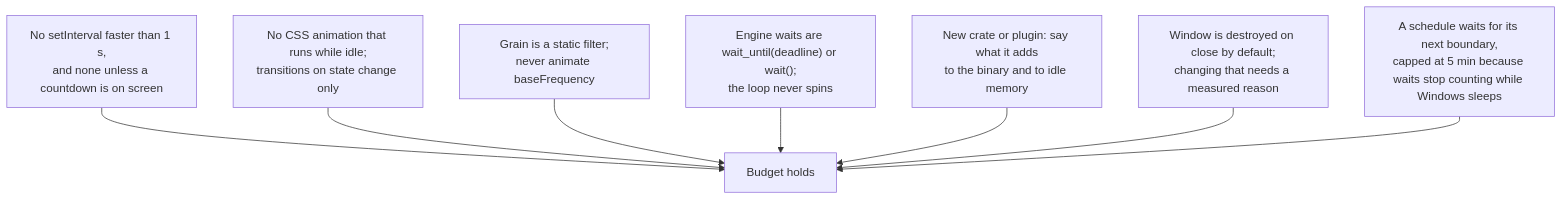
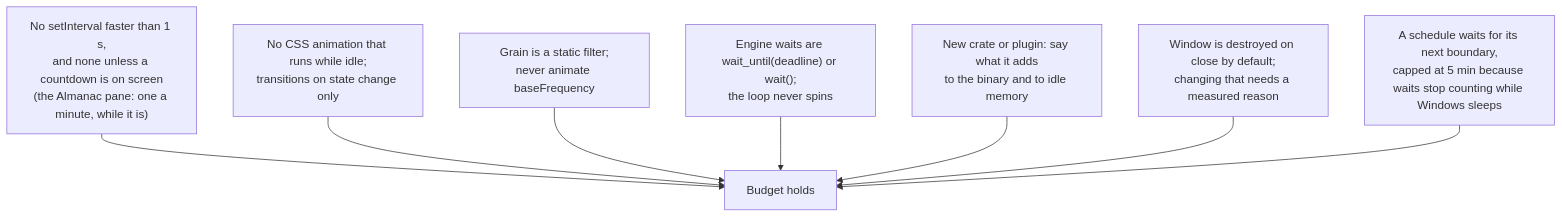
The diagram in docs/resource-budget.md (ax5hay/KeepMeAwake), drawn with Mermaid before and after one commit. The commit also changed other lines of this file and 14 other files, not shown here.

First line of the commit message:
docs: the almanac in the guide, architecture and changelog

````diff
--- a/docs/resource-budget.md
+++ b/docs/resource-budget.md
@@ -97,10 +114,10 @@
 ```mermaid
 flowchart TD
-    A["No setInterval faster than 1 s,<br/>and none unless a countdown is on screen"] --> keep["Budget holds"]
+    A["No setInterval faster than 1 s,<br/>and none unless a countdown is on screen<br/>(the Almanac pane: one a minute, while it is)"] --> keep["Budget holds"]
     B["No CSS animation that runs while idle;<br/>transitions on state change only"] --> keep
     C["Grain is a static filter;<br/>never animate baseFrequency"] --> keep
     D["Engine waits are wait_until(deadline) or wait();<br/>the loop never spins"] --> keep
     E["New crate or plugin: say what it adds<br/>to the binary and to idle memory"] --> keep
     F["Window is destroyed on close by default;<br/>changing that needs a measured reason"] --> keep
     G["A schedule waits for its next boundary,<br/>capped at 5 min because waits stop counting while Windows sleeps"] --> keep
 ```
````
